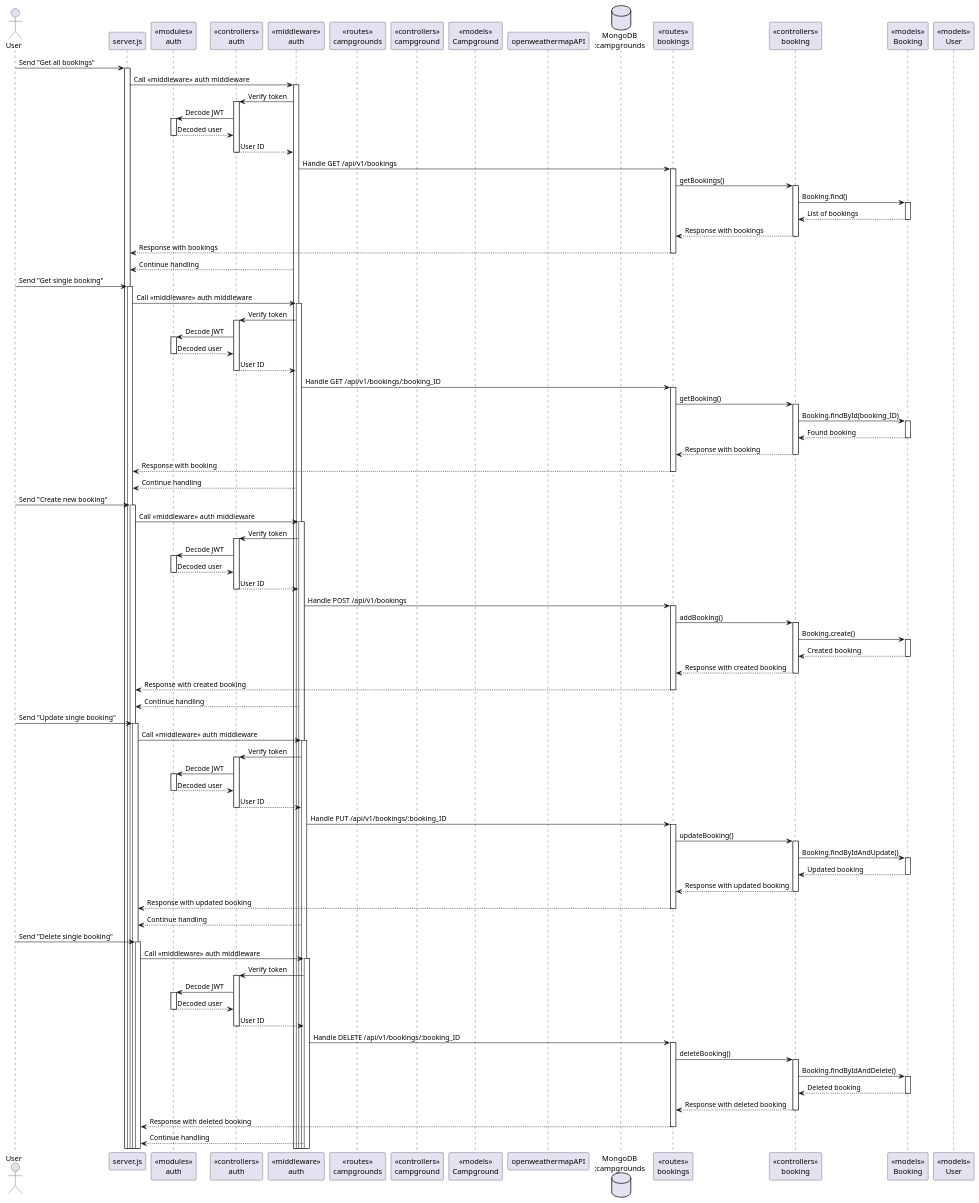
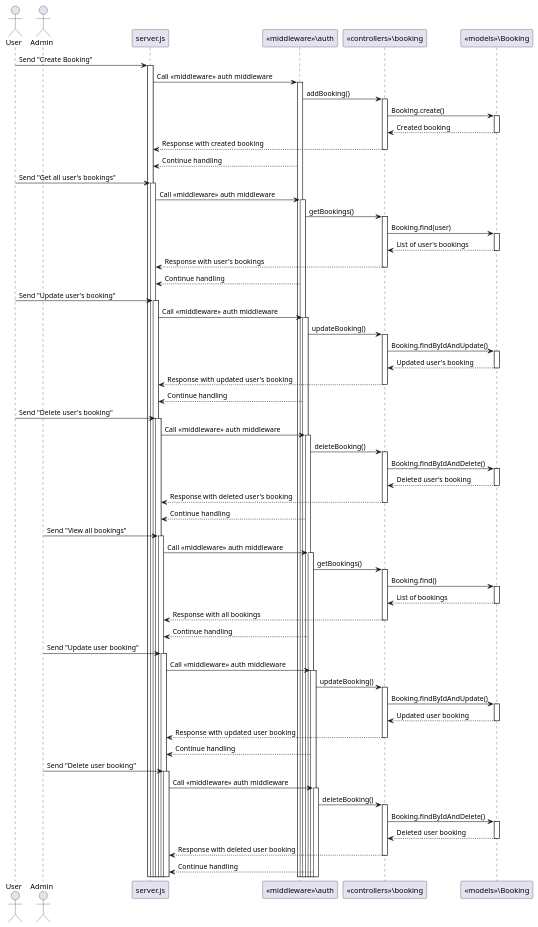
The diagram in Sequence Diagram/booking.puml (2110503TACEDT66/presentation-day-1-becauseofyouicry), drawn with PlantUML before and after one commit.

Commit message:
seqdiagram booking2

```diff
--- a/Sequence Diagram/booking.puml
+++ b/Sequence Diagram/booking.puml
@@ -1,148 +1,108 @@
 @startuml
 
 actor User
+actor Admin
 participant "server.js" as Server
-participant "<<modules>>\nauth" as AuthModule
-participant "<<controllers>>\nauth" as AuthController
-participant "<<middleware>>\nauth" as AuthMiddleware
-participant "<<routes>>\ncampgrounds" as CampgroundRoutes
-participant "<<controllers>>\ncampground" as CampgroundController
-participant "<<models>>\nCampground" as CampgroundModel
-participant "openweathermapAPI" as ExternalAPI
-database "MongoDB\n:campgrounds" as CampgroundsDatabase
-participant "<<routes>>\nbookings" as BookingRoutes
-participant "<<controllers>>\nbooking" as BookingController
-participant "<<models>>\nBooking" as BookingModel
-participant "<<models>>\nUser" as UserModel
+participant "<<middleware>>\auth" as AuthMiddleware
+participant "<<controllers>>\booking" as BookingController
+participant "<<models>>\Booking" as BookingModel
 
-User -> Server: Send "Get all bookings"
+User -> Server: Send "Create Booking"
 activate Server
 Server -> AuthMiddleware: Call <<middleware>> auth middleware
 activate AuthMiddleware
-AuthMiddleware -> AuthController: Verify token
-activate AuthController
-AuthController -> AuthModule: Decode JWT
-activate AuthModule
-AuthModule --> AuthController: Decoded user
-deactivate AuthModule
-AuthController --> AuthMiddleware: User ID
-deactivate AuthController
-AuthMiddleware -> BookingRoutes: Handle GET /api/v1/bookings
-activate BookingRoutes
-BookingRoutes -> BookingController: getBookings()
+AuthMiddleware -> BookingController: addBooking()
+activate BookingController
+BookingController -> BookingModel: Booking.create()
+activate BookingModel
+BookingModel --> BookingController: Created booking
+deactivate BookingModel
+BookingController --> Server: Response with created booking
+deactivate BookingController
+AuthMiddleware --> Server: Continue handling
+
+User -> Server: Send "Get all user's bookings"
+activate Server
+Server -> AuthMiddleware: Call <<middleware>> auth middleware
+activate AuthMiddleware
+AuthMiddleware -> BookingController: getBookings()
+activate BookingController
+BookingController -> BookingModel: Booking.find(user)
+activate BookingModel
+BookingModel --> BookingController: List of user's bookings
+deactivate BookingModel
+BookingController --> Server: Response with user's bookings
+deactivate BookingController
+AuthMiddleware --> Server: Continue handling
+
+User -> Server: Send "Update user's booking"
+activate Server
+Server -> AuthMiddleware: Call <<middleware>> auth middleware
+activate AuthMiddleware
+AuthMiddleware -> BookingController: updateBooking()
+activate BookingController
+BookingController -> BookingModel: Booking.findByIdAndUpdate()
+activate BookingModel
+BookingModel --> BookingController: Updated user's booking
+deactivate BookingModel
+BookingController --> Server: Response with updated user's booking
+deactivate BookingController
+AuthMiddleware --> Server: Continue handling
+
+User -> Server: Send "Delete user's booking"
+activate Server
+Server -> AuthMiddleware: Call <<middleware>> auth middleware
+activate AuthMiddleware
+AuthMiddleware -> BookingController: deleteBooking()
+activate BookingController
+BookingController -> BookingModel: Booking.findByIdAndDelete()
+activate BookingModel
+BookingModel --> BookingController: Deleted user's booking
+deactivate BookingModel
+BookingController --> Server: Response with deleted user's booking
+deactivate BookingController
+AuthMiddleware --> Server: Continue handling
+
+Admin -> Server: Send "View all bookings"
+activate Server
+Server -> AuthMiddleware: Call <<middleware>> auth middleware
+activate AuthMiddleware
+AuthMiddleware -> BookingController: getBookings()
 activate BookingController
 BookingController -> BookingModel: Booking.find()
 activate BookingModel
 BookingModel --> BookingController: List of bookings
 deactivate BookingModel
-BookingController --> BookingRoutes: Response with bookings
+BookingController --> Server: Response with all bookings
 deactivate BookingController
-BookingRoutes --> Server: Response with bookings
-deactivate BookingRoutes
 AuthMiddleware --> Server: Continue handling
 
-User -> Server: Send "Get single booking"
+Admin -> Server: Send "Update user booking"
 activate Server
 Server -> AuthMiddleware: Call <<middleware>> auth middleware
 activate AuthMiddleware
-AuthMiddleware -> AuthController: Verify token
-activate AuthController
-AuthController -> AuthModule: Decode JWT
-activate AuthModule
-AuthModule --> AuthController: Decoded user
-deactivate AuthModule
-AuthController --> AuthMiddleware: User ID
-deactivate AuthController
-AuthMiddleware -> BookingRoutes: Handle GET /api/v1/bookings/:booking_ID
-activate BookingRoutes
-BookingRoutes -> BookingController: getBooking()
+AuthMiddleware -> BookingController: updateBooking()
 activate BookingController
-BookingController -> BookingModel: Booking.findById(booking_ID)
+BookingController -> BookingModel: Booking.findByIdAndUpdate()
 activate BookingModel
-BookingModel --> BookingController: Found booking
+BookingModel --> BookingController: Updated user booking
 deactivate BookingModel
-BookingController --> BookingRoutes: Response with booking
+BookingController --> Server: Response with updated user booking
 deactivate BookingController
-BookingRoutes --> Server: Response with booking
-deactivate BookingRoutes
 AuthMiddleware --> Server: Continue handling
 
-User -> Server: Send "Create new booking"
+Admin -> Server: Send "Delete user booking"
 activate Server
 Server -> AuthMiddleware: Call <<middleware>> auth middleware
 activate AuthMiddleware
-AuthMiddleware -> AuthController: Verify token
-activate AuthController
-AuthController -> AuthModule: Decode JWT
-activate AuthModule
-AuthModule --> AuthController: Decoded user
-deactivate AuthModule
-AuthController --> AuthMiddleware: User ID
-deactivate AuthController
-AuthMiddleware -> BookingRoutes: Handle POST /api/v1/bookings
-activate BookingRoutes
-BookingRoutes -> BookingController: addBooking()
-activate BookingController
-BookingController -> BookingModel: Booking.create()
-activate BookingModel
-BookingModel --> BookingController: Created booking
-deactivate BookingModel
-BookingController --> BookingRoutes: Response with created booking
-deactivate BookingController
-BookingRoutes --> Server: Response with created booking
-deactivate BookingRoutes
-AuthMiddleware --> Server: Continue handling
-
-User -> Server: Send "Update single booking"
-activate Server
-Server -> AuthMiddleware: Call <<middleware>> auth middleware
-activate AuthMiddleware
-AuthMiddleware -> AuthController: Verify token
-activate AuthController
-AuthController -> AuthModule: Decode JWT
-activate AuthModule
-AuthModule --> AuthController: Decoded user
-deactivate AuthModule
-AuthController --> AuthMiddleware: User ID
-deactivate AuthController
-AuthMiddleware -> BookingRoutes: Handle PUT /api/v1/bookings/:booking_ID
-activate BookingRoutes
-BookingRoutes -> BookingController: updateBooking()
-activate BookingController
-BookingController -> BookingModel: Booking.findByIdAndUpdate()
-activate BookingModel
-BookingModel --> BookingController: Updated booking
-deactivate BookingModel
-BookingController --> BookingRoutes: Response with updated booking
-deactivate BookingController
-BookingRoutes --> Server: Response with updated booking
-deactivate BookingRoutes
-AuthMiddleware --> Server: Continue handling
-
-User -> Server: Send "Delete single booking"
-activate Server
-Server -> AuthMiddleware: Call <<middleware>> auth middleware
-activate AuthMiddleware
-AuthMiddleware -> AuthController: Verify token
-activate AuthController
-AuthController -> AuthModule: Decode JWT
-activate AuthModule
-AuthModule --> AuthController: Decoded user
-deactivate AuthModule
-AuthController --> AuthMiddleware: User ID
-deactivate AuthController
-AuthMiddleware -> BookingRoutes: Handle DELETE /api/v1/bookings/:booking_ID
-activate BookingRoutes
-BookingRoutes -> BookingController: deleteBooking()
+AuthMiddleware -> BookingController: deleteBooking()
 activate BookingController
 BookingController -> BookingModel: Booking.findByIdAndDelete()
 activate BookingModel
-BookingModel --> BookingController: Deleted booking
+BookingModel --> BookingController: Deleted user booking
 deactivate BookingModel
-BookingController --> BookingRoutes: Response with deleted booking
+BookingController --> Server: Response with deleted user booking
 deactivate BookingController
-BookingRoutes --> Server: Response with deleted booking
-deactivate BookingRoutes
 AuthMiddleware --> Server: Continue handling
 
 @enduml
```
